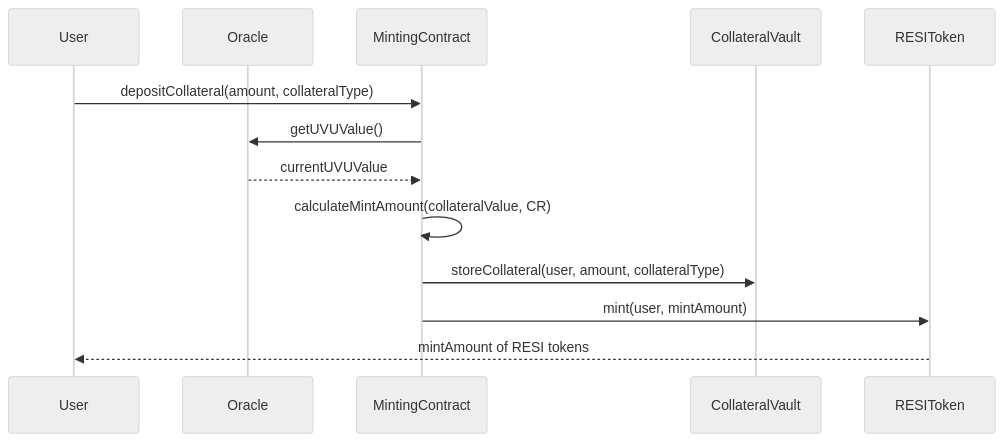
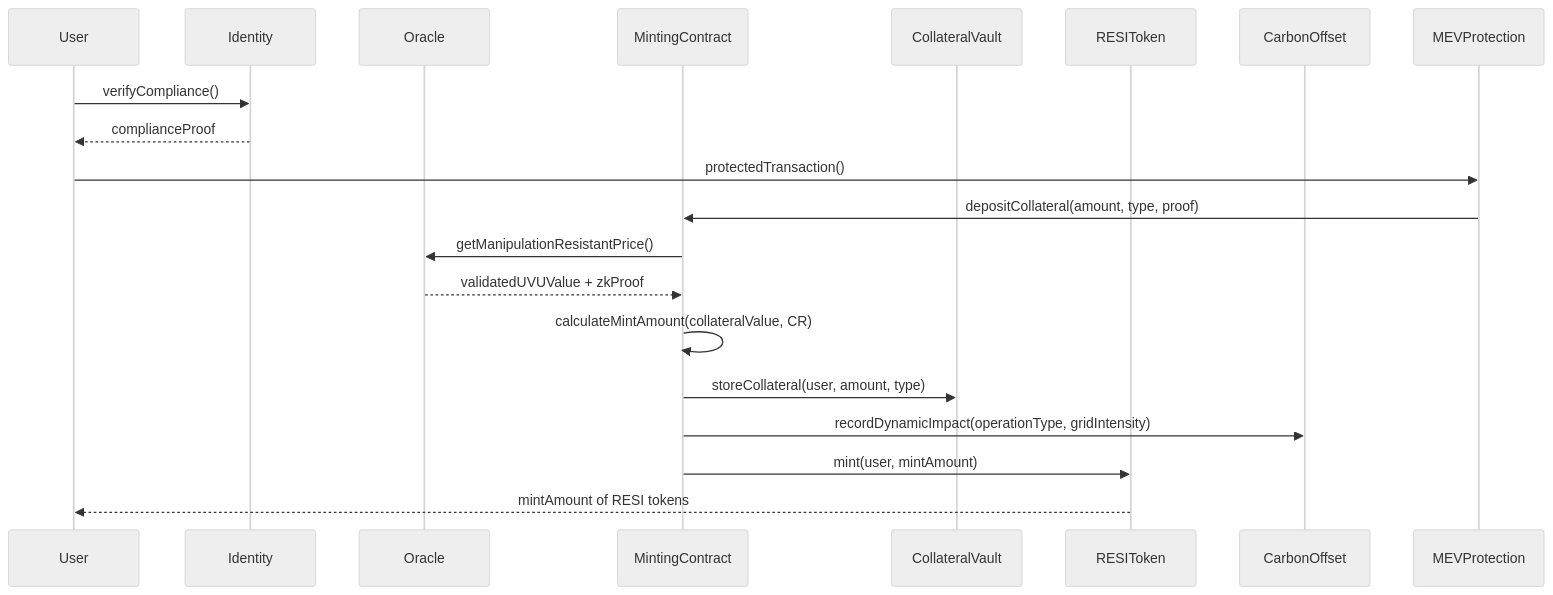
One commit to ResiProtocol/Resi_Protocol changed the first of 2 diagrams in docs/Technical_Deep_Dive/UVU_technical_architecture.md. Above: the diagram before and after it, drawn with Mermaid (neutral theme). The commit also changed other lines of this file, not shown here.

Commit message:
feat: update the UVU architecture document to reflect the research done into the tech

````diff
--- a/docs/Technical_Deep_Dive/UVU_technical_architecture.md
+++ b/docs/Technical_Deep_Dive/UVU_technical_architecture.md
@@ -483,16 +759,23 @@
 ```mermaid
 sequenceDiagram
     participant User
+    participant Identity
     participant Oracle
     participant MintingContract
     participant CollateralVault
     participant RESIToken
+    participant CarbonOffset
+    participant MEVProtection
 
-    User->>MintingContract: depositCollateral(amount, collateralType)
-    MintingContract->>Oracle: getUVUValue()
-    Oracle-->>MintingContract: currentUVUValue
+    User->>Identity: verifyCompliance()
+    Identity-->>User: complianceProof
+    User->>MEVProtection: protectedTransaction()
+    MEVProtection->>MintingContract: depositCollateral(amount, type, proof)
+    MintingContract->>Oracle: getManipulationResistantPrice()
+    Oracle-->>MintingContract: validatedUVUValue + zkProof
     MintingContract->>MintingContract: calculateMintAmount(collateralValue, CR)
-    MintingContract->>CollateralVault: storeCollateral(user, amount, collateralType)
+    MintingContract->>CollateralVault: storeCollateral(user, amount, type)
+    MintingContract->>CarbonOffset: recordDynamicImpact(operationType, gridIntensity)
     MintingContract->>RESIToken: mint(user, mintAmount)
     RESIToken-->>User: mintAmount of RESI tokens
 ```
````
